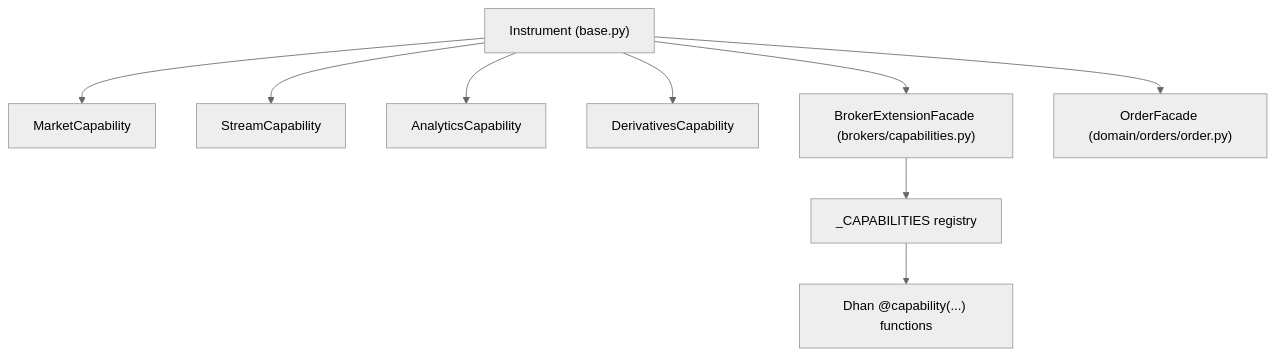
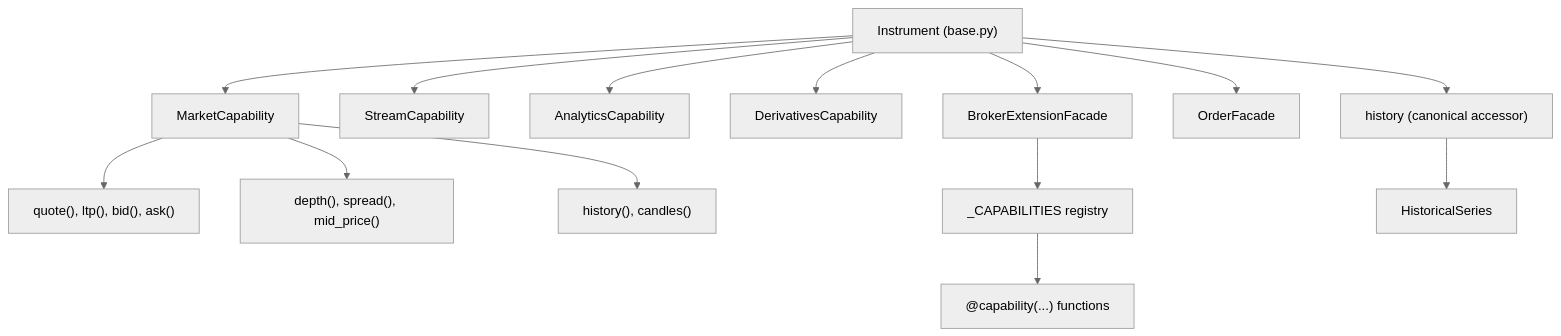
The first of 3 diagrams in .qoder/repowiki/en/content/Domain Model/Instruments/Instrument Capabilities.md (Ganesh-Kusundal/nTrade), drawn with Mermaid (neutral theme) before and after one commit. The commit also changed other lines of this file and 203 other files, not shown here.

First line of the commit message:
review findings sweep: depth retry, LTP failure guard, stale-refresh fix, rate-gate blocked heuristic

````diff
--- a/.qoder/repowiki/en/content/Domain Model/Instruments/Instrument Capabilities.md
+++ b/.qoder/repowiki/en/content/Domain Model/Instruments/Instrument Capabilities.md
@@ -47,11 +52,16 @@
 ```mermaid
 graph TB
 Instrument["Instrument (base.py)"] --> MarketCap["MarketCapability"]
 Instrument --> StreamCap["StreamCapability"]
 Instrument --> AnalyticsCap["AnalyticsCapability"]
 Instrument --> DerivCap["DerivativesCapability"]
-Instrument --> BrokerFacade["BrokerExtensionFacade (brokers/capabilities.py)"]
-Instrument --> OrderFacade["OrderFacade (domain/orders/order.py)"]
+Instrument --> BrokerFacade["BrokerExtensionFacade"]
+Instrument --> OrderFacade["OrderFacade"]
+Instrument --> HistoryAccessor["history (canonical accessor)"]
+MarketCap --> QuoteAccess["quote(), ltp(), bid(), ask()"]
+MarketCap --> DepthAccess["depth(), spread(), mid_price()"]
+MarketCap --> HistoryAccess["history(), candles()"]
 BrokerFacade --> Registry["_CAPABILITIES registry"]
-Registry --> DhanCaps["Dhan @capability(...) functions"]
+Registry --> DhanCaps["@capability(...) functions"]
+HistoryAccessor --> HistoricalSeries["HistoricalSeries"]
 ```
````
